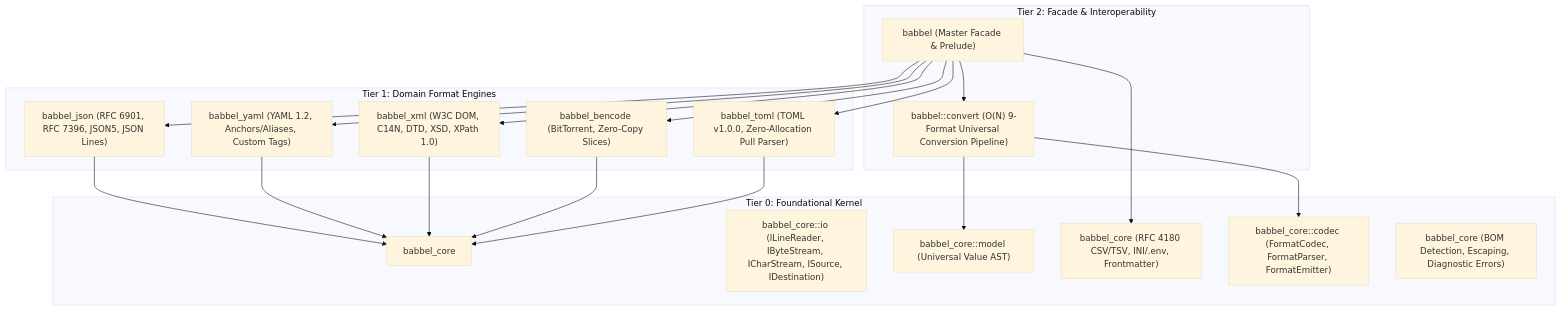
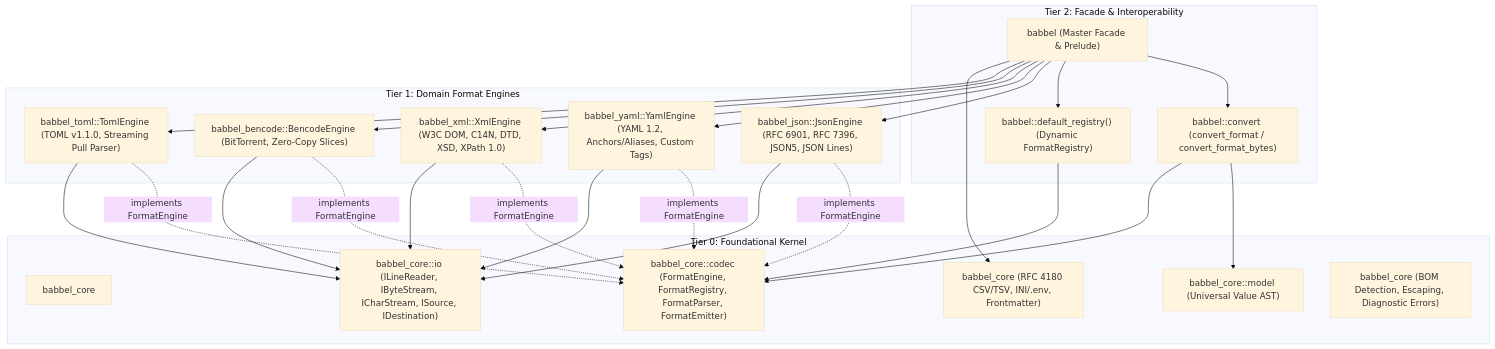
The diagram in docs/ARCHITECTURE.md (clockworkengineer/babbel), drawn with Mermaid (base theme) before and after one commit. The commit also changed other lines of this file and 4 other files, not shown here.

Commit message:
docs: execute Milestone 3 - update core architecture, conversion matrix, memory, and embedded guides

````diff
--- a/docs/ARCHITECTURE.md
+++ b/docs/ARCHITECTURE.md
@@ -11,40 +11,50 @@
 ```mermaid
 graph TD
     subgraph "Tier 2: Facade & Interoperability"
         Babbel["babbel (Master Facade & Prelude)"]
-        Convert["babbel::convert (O(N) 9-Format Universal Conversion Pipeline)"]
+        Convert["babbel::convert (convert_format / convert_format_bytes)"]
+        Registry["babbel::default_registry() (Dynamic FormatRegistry)"]
     end
 
     subgraph "Tier 1: Domain Format Engines"
-        JSON["babbel_json (RFC 6901, RFC 7396, JSON5, JSON Lines)"]
-        YAML["babbel_yaml (YAML 1.2, Anchors/Aliases, Custom Tags)"]
-        XML["babbel_xml (W3C DOM, C14N, DTD, XSD, XPath 1.0)"]
-        Bencode["babbel_bencode (BitTorrent, Zero-Copy Slices)"]
-        TOML["babbel_toml (TOML v1.0.0, Zero-Allocation Pull Parser)"]
+        JSON["babbel_json::JsonEngine (RFC 6901, RFC 7396, JSON5, JSON Lines)"]
+        YAML["babbel_yaml::YamlEngine (YAML 1.2, Anchors/Aliases, Custom Tags)"]
+        XML["babbel_xml::XmlEngine (W3C DOM, C14N, DTD, XSD, XPath 1.0)"]
+        Bencode["babbel_bencode::BencodeEngine (BitTorrent, Zero-Copy Slices)"]
+        TOML["babbel_toml::TomlEngine (TOML v1.1.0, Streaming Pull Parser)"]
     end
 
     subgraph "Tier 0: Foundational Kernel"
         Core["babbel_core"]
         CoreIO["babbel_core::io (ILineReader, IByteStream, ICharStream, ISource, IDestination)"]
         CoreAST["babbel_core::model (Universal Value AST)"]
         CoreText["babbel_core (RFC 4180 CSV/TSV, INI/.env, Frontmatter)"]
-        CoreCodec["babbel_core::codec (FormatCodec, FormatParser, FormatEmitter)"]
+        CoreCodec["babbel_core::codec (FormatEngine, FormatRegistry, FormatParser, FormatEmitter)"]
         CoreUtils["babbel_core (BOM Detection, Escaping, Diagnostic Errors)"]
     end
 
     Babbel --> Convert
+    Babbel --> Registry
     Convert --> CoreAST
     Convert --> CoreCodec
+    Registry --> CoreCodec
+
     Babbel --> JSON
     Babbel --> YAML
     Babbel --> XML
     Babbel --> Bencode
     Babbel --> TOML
     Babbel --> CoreText
 
-    JSON --> Core
-    YAML --> Core
-    XML --> Core
-    Bencode --> Core
-    TOML --> Core
+    JSON -.->|implements FormatEngine| CoreCodec
+    YAML -.->|implements FormatEngine| CoreCodec
+    XML -.->|implements FormatEngine| CoreCodec
+    Bencode -.->|implements FormatEngine| CoreCodec
+    TOML -.->|implements FormatEngine| CoreCodec
+
+    JSON --> CoreIO
+    YAML --> CoreIO
+    XML --> CoreIO
+    Bencode --> CoreIO
+    TOML --> CoreIO
 ```
````
